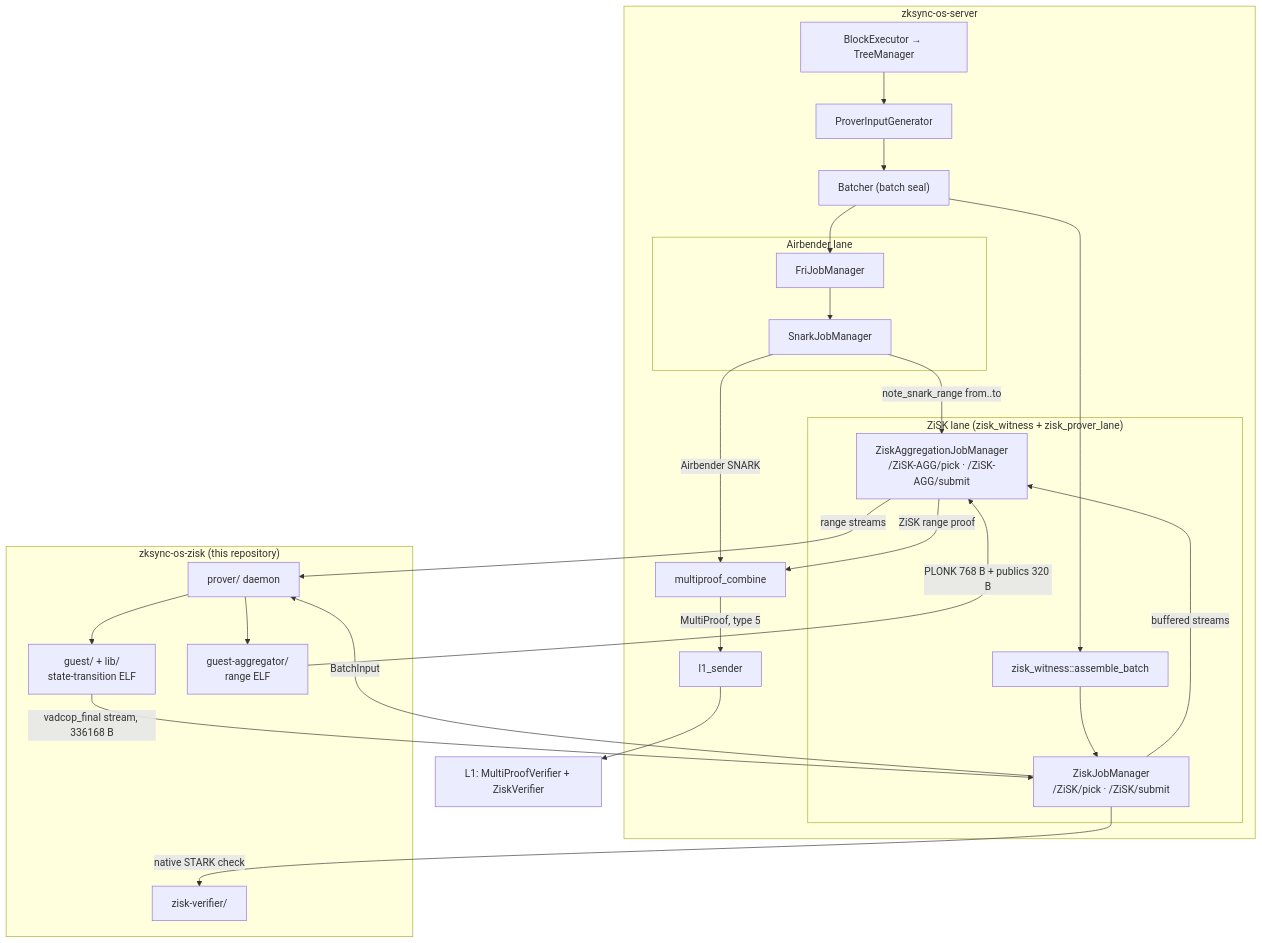
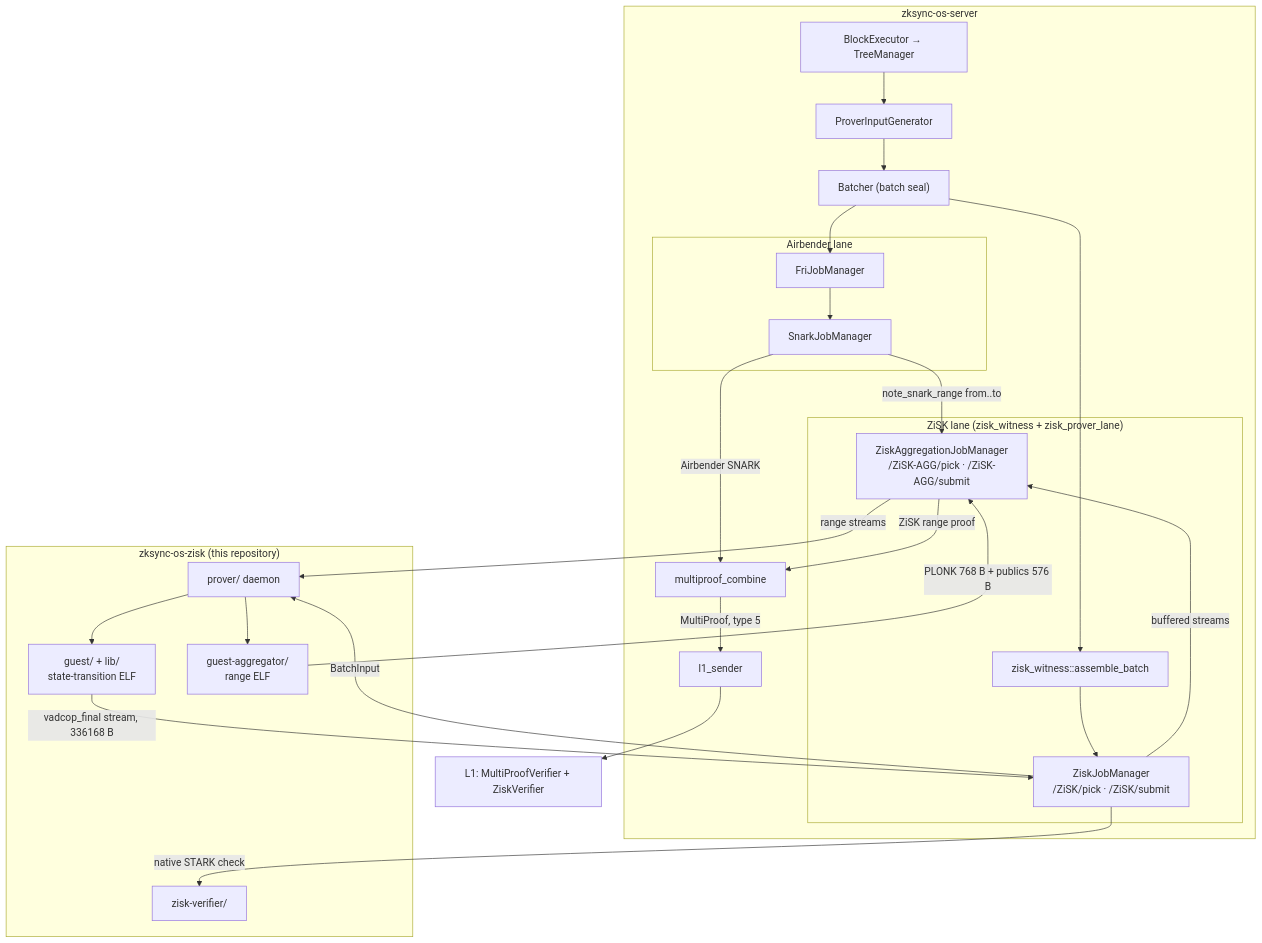
One commit to antoniolocascio-bot/zksync-os-zisk-1 changed the diagram in docs/multiprover.md. Above: the diagram before and after it, drawn with Mermaid. The commit also changed other lines of this file and 9 other files, not shown here.

````diff
--- a/docs/multiprover.md
+++ b/docs/multiprover.md
@@ -57,48 +57,48 @@
 ```mermaid
 flowchart TB
     subgraph server["zksync-os-server"]
         BE["BlockExecutor → TreeManager"]
         PIG["ProverInputGenerator"]
         BAT["Batcher (batch seal)"]
         subgraph air["Airbender lane"]
             FRI["FriJobManager"]
             SNK["SnarkJobManager"]
         end
         subgraph zisk["ZiSK lane (zisk_witness + zisk_prover_lane)"]
             ZW["zisk_witness::assemble_batch"]
             ZJM["ZiskJobManager<br/>/ZiSK/pick · /ZiSK/submit"]
             ZAM["ZiskAggregationJobManager<br/>/ZiSK-AGG/pick · /ZiSK-AGG/submit"]
         end
         MPC["multiproof_combine"]
         L1S["l1_sender"]
     end
 
     subgraph repo["zksync-os-zisk (this repository)"]
         DAEMON["prover/ daemon"]
         GUEST["guest/ + lib/<br/>state-transition ELF"]
         AGGG["guest-aggregator/<br/>range ELF"]
         VER["zisk-verifier/"]
     end
 
     L1["L1: MultiProofVerifier + ZiskVerifier"]
 
     BE --> PIG --> BAT
     BAT --> FRI --> SNK
     BAT --> ZW --> ZJM
 
     ZJM -->|"BatchInput"| DAEMON
     DAEMON --> GUEST
     GUEST -->|"vadcop_final stream, 336168 B"| ZJM
     ZJM -->|"native STARK check"| VER
     ZJM -->|"buffered streams"| ZAM
     SNK -->|"note_snark_range from..to"| ZAM
 
     ZAM -->|"range streams"| DAEMON
     DAEMON --> AGGG
-    AGGG -->|"PLONK 768 B + publics 320 B"| ZAM
+    AGGG -->|"PLONK 768 B + publics 576 B"| ZAM
 
     SNK -->|"Airbender SNARK"| MPC
     ZAM -->|"ZiSK range proof"| MPC
     MPC -->|"MultiProof, type 5"| L1S
     L1S --> L1
 ```
````
